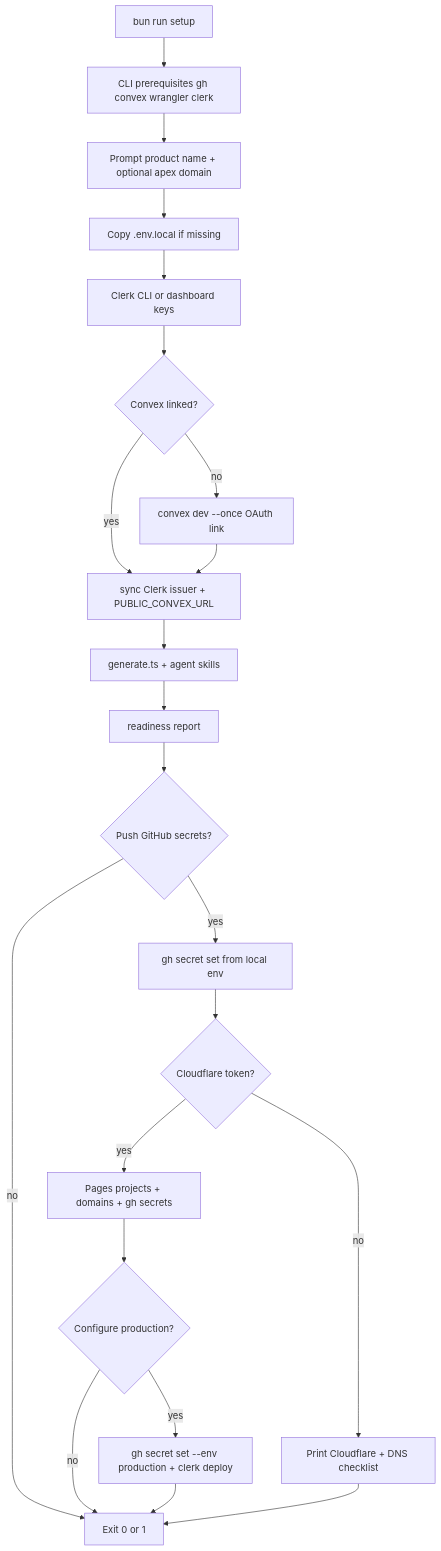
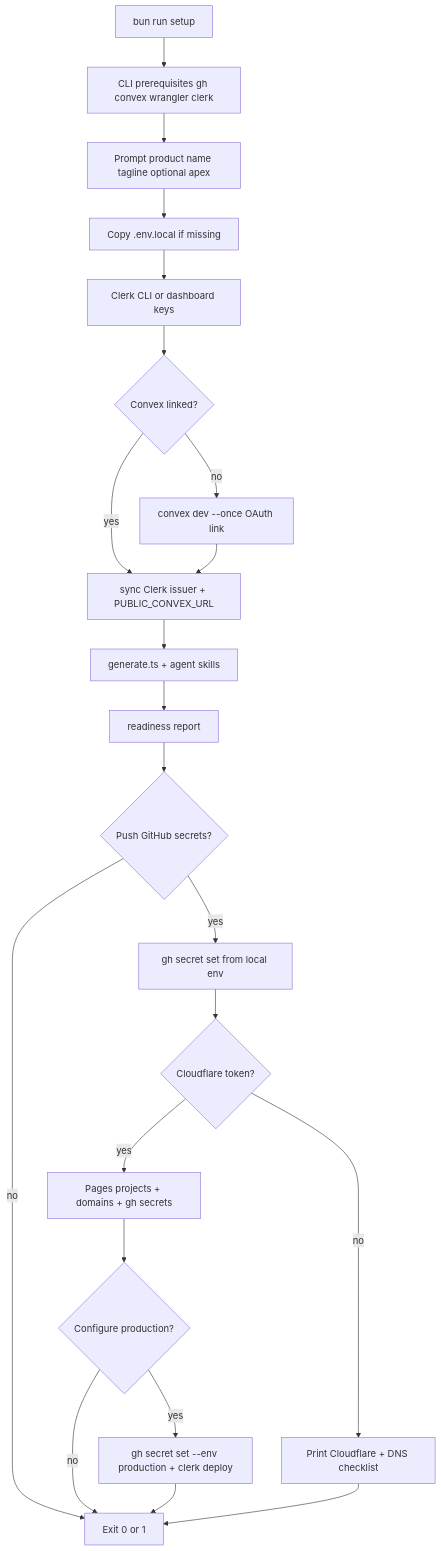
The diagram in docs/setup-automation.md (PeterHewat/Svelter), drawn with Mermaid before and after one commit. The commit also changed other lines of this file and 144 other files, not shown here.

````diff
--- a/docs/setup-automation.md
+++ b/docs/setup-automation.md
@@ -179,24 +179,24 @@
 ```mermaid
 flowchart TD
   start[bun run setup] --> cli[CLI prerequisites gh convex wrangler clerk]
-  cli --> identity[Prompt product name + optional apex domain]
+  cli --> identity[Prompt product name tagline optional apex]
   identity --> scaffold[Copy .env.local if missing]
   scaffold --> clerk[Clerk CLI or dashboard keys]
   clerk --> convex{Convex linked?}
   convex -->|no| convexLink[convex dev --once OAuth link]
   convex -->|yes| sync[sync Clerk issuer + PUBLIC_CONVEX_URL]
   convexLink --> sync
   sync --> codegen[generate.ts + agent skills]
   codegen --> readiness[readiness report]
   readiness --> ci{Push GitHub secrets?}
   ci -->|yes| ghSecrets[gh secret set from local env]
   ci -->|no| done[Exit 0 or 1]
   ghSecrets --> cf{Cloudflare token?}
   cf -->|yes| cfBootstrap[Pages projects + domains + gh secrets]
   cf -->|no| checklist[Print Cloudflare + DNS checklist]
   cfBootstrap --> prod{Configure production?}
   prod -->|yes| prodSecrets[gh secret set --env production + clerk deploy]
   prod -->|no| done
   prodSecrets --> done
   checklist --> done
 ```
````
